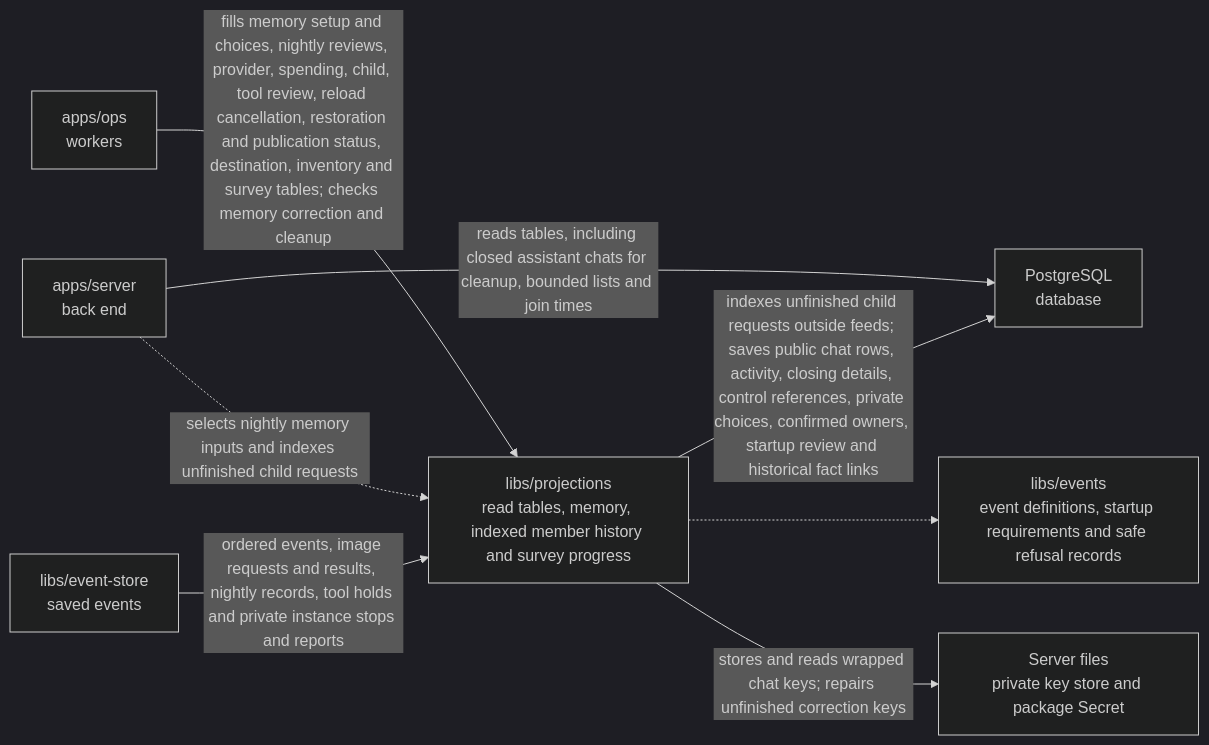
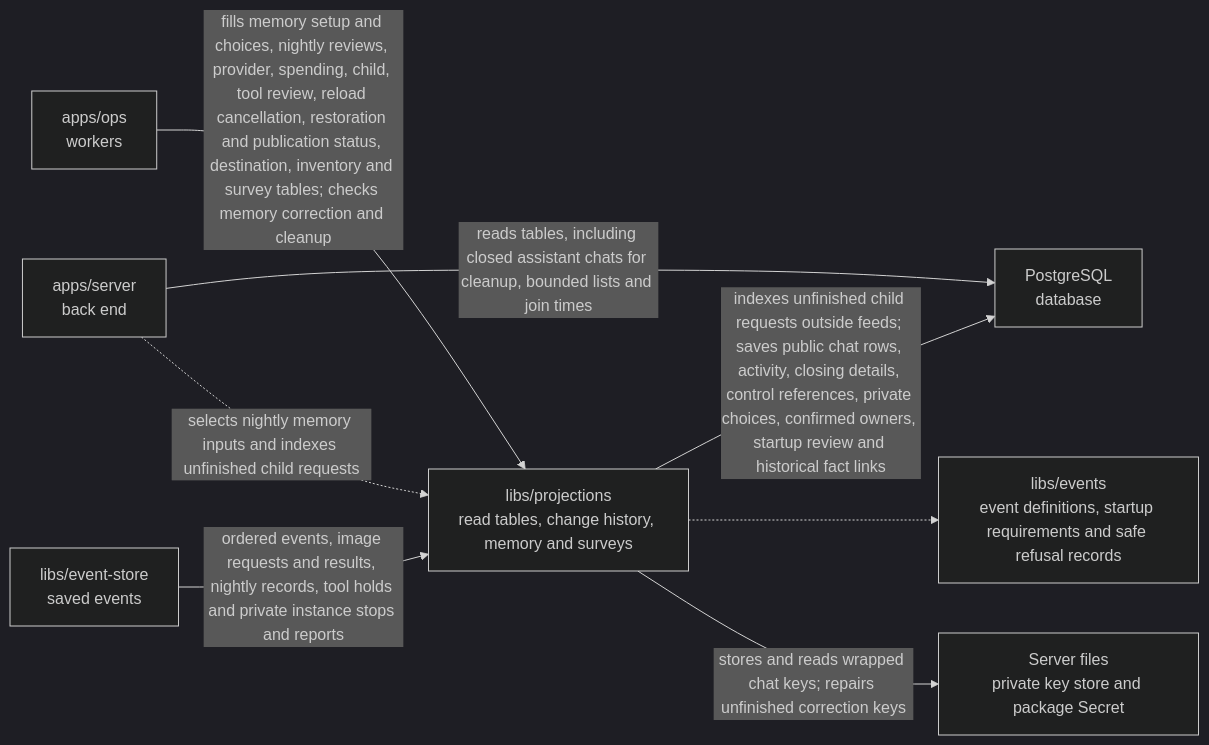
The diagram in libs/projections/README.md (elewa-git/opencrane-new), drawn with Mermaid (dark theme) before and after one commit. The commit also changed other lines of this file and 19 other files, not shown here.

First line of the commit message:
🧾 Change history shows safe actor and time fields, filters quickly and checks access before showing detail (#508)

````diff
--- a/libs/projections/README.md
+++ b/libs/projections/README.md
@@ -23,10 +23,10 @@
 ```mermaid
 flowchart LR
-  ops["apps/ops<br/>workers"] -->|fills memory setup and choices, nightly reviews, provider, spending, child, tool review, reload cancellation, restoration and publication status, destination, inventory and survey tables; checks memory correction and cleanup| projections["libs/projections<br/>read tables, memory, indexed member history and survey progress"]
+  ops["apps/ops<br/>workers"] -->|fills memory setup and choices, nightly reviews, provider, spending, child, tool review, reload cancellation, restoration and publication status, destination, inventory and survey tables; checks memory correction and cleanup| projections["libs/projections<br/>read tables, change history, memory and surveys"]
   server["apps/server<br/>back end"] -->|reads tables, including closed assistant chats for cleanup, bounded lists and join times| pg["PostgreSQL<br/>database"]
   projections -->|indexes unfinished child requests outside feeds; saves public chat rows, activity, closing details, control references, private choices, confirmed owners, startup review and historical fact links| pg
   store["libs/event-store<br/>saved events"] -->|ordered events, image requests and results, nightly records, tool holds and private instance stops and reports| projections
   server -.->|selects nightly memory inputs and indexes unfinished child requests| projections
   projections -.-> events["libs/events<br/>event definitions, startup requirements and safe refusal records"]
   projections -->|stores and reads wrapped chat keys; repairs unfinished correction keys| keys["Server files<br/>private key store and package Secret"]
 ```
````
